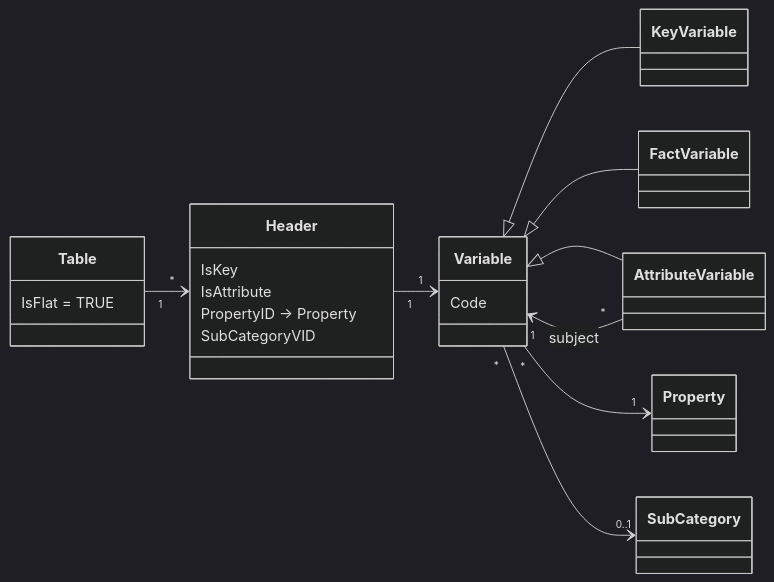
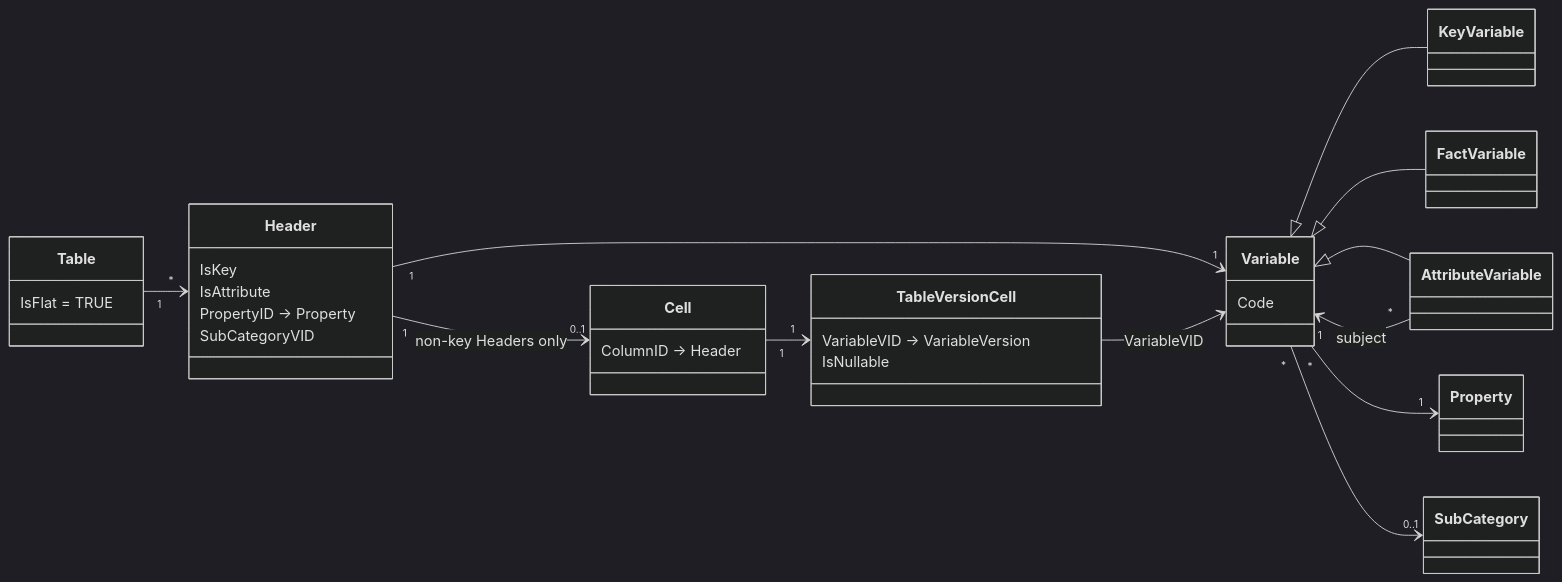
The fourth of 8 diagrams in docs/models-relationships/02_data_definition/03_detailed_mapping_rules.md (sdmx-twg/wp-sdmx-dpm), drawn with Mermaid (dark theme) before and after one commit. The commit also changed other lines of this file, not shown here.

First line of the commit message:
docs: clarify Cell layer in flat tables and propose elimination to DPM Alliance

````diff
--- a/docs/models-relationships/02_data_definition/03_detailed_mapping_rules.md
+++ b/docs/models-relationships/02_data_definition/03_detailed_mapping_rules.md
@@ -471,31 +471,41 @@
 ```mermaid
 classDiagram
     direction LR
     class Table {
       IsFlat = TRUE
     }
     class Header {
       IsKey
       IsAttribute
       PropertyID → Property
       SubCategoryVID
+    }
+    class Cell {
+      ColumnID → Header
+    }
+    class TableVersionCell {
+      VariableVID → VariableVersion
+      IsNullable
     }
     class Variable {
       Code
     }
     class KeyVariable
     class FactVariable
     class AttributeVariable
     class Property
     class SubCategory
 
     Variable <|-- KeyVariable
     Variable <|-- FactVariable
     Variable <|-- AttributeVariable
 
     Table "1" --> "*" Header
     Header "1" --> "1" Variable
     Variable "*" --> "1" Property
     Variable "*" --> "0..1" SubCategory
     AttributeVariable "*" --> "1" Variable : subject
+    Header "1" --> "0..1" Cell : non-key Headers only
+    Cell "1" --> "1" TableVersionCell
+    TableVersionCell --> Variable : VariableVID
 ```
````
